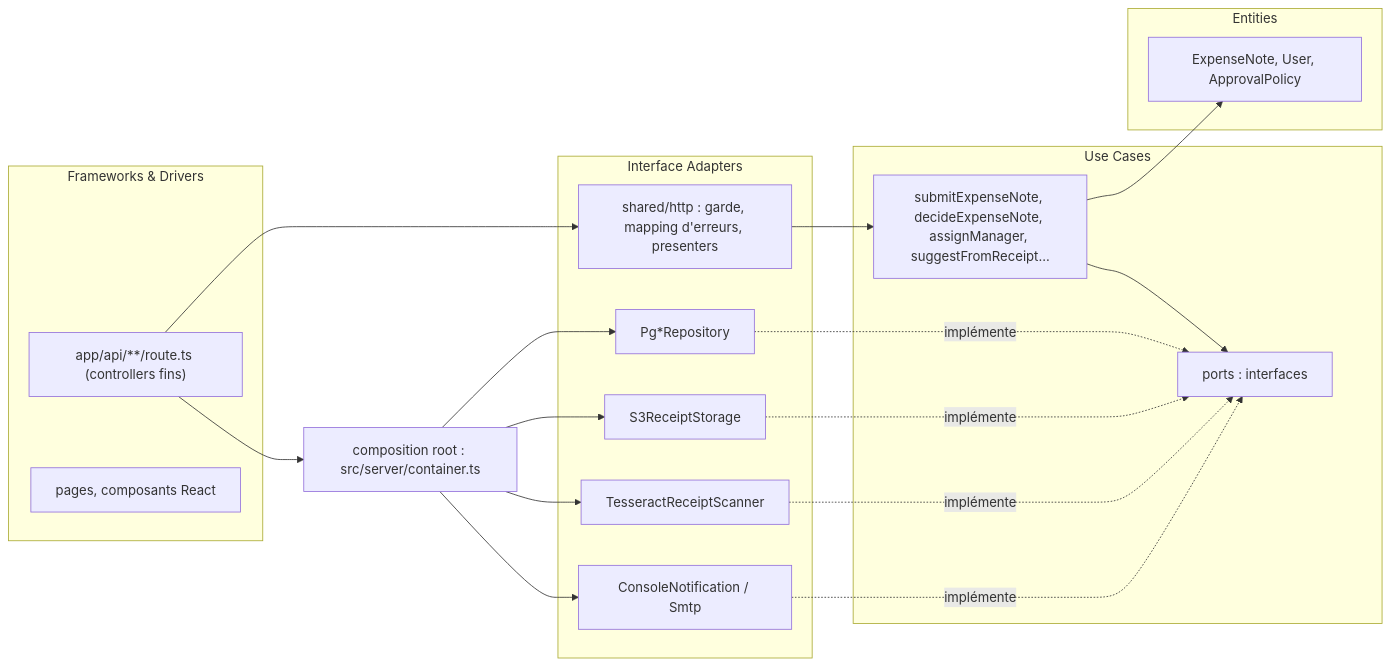
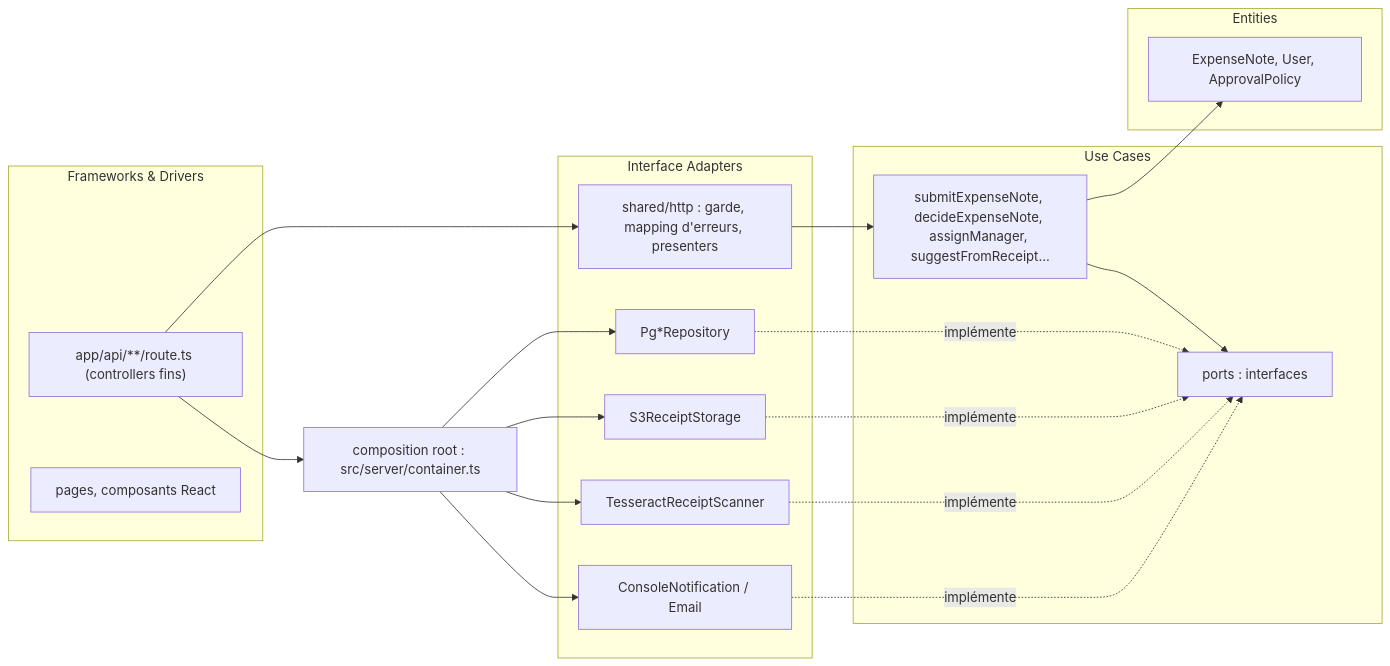
One commit to mtromane/expense-io changed the diagram in docs/audit/20-audit-architecture-arla.md. Above: the diagram before and after it, drawn with Mermaid. The commit also changed other lines of this file and 2 other files, not shown here.

````diff
--- a/docs/audit/20-audit-architecture-arla.md
+++ b/docs/audit/20-audit-architecture-arla.md
@@ -200,29 +182,29 @@
 ```mermaid
 flowchart LR
   subgraph FW["Frameworks & Drivers"]
     R["app/api/**/route.ts (controllers fins)"]
     P["pages, composants React"]
   end
   subgraph IA["Interface Adapters"]
     H["shared/http : garde, mapping d'erreurs, presenters"]
     PG["Pg*Repository"]
     S3["S3ReceiptStorage"]
     TS["TesseractReceiptScanner"]
-    NT["ConsoleNotification / Smtp"]
+    NT["ConsoleNotification / Email"]
   end
   subgraph UC["Use Cases"]
     U["submitExpenseNote, decideExpenseNote, assignManager, suggestFromReceipt..."]
     PORTS["ports : interfaces"]
   end
   subgraph EN["Entities"]
     D["ExpenseNote, User, ApprovalPolicy"]
   end
   R --> H --> U --> D
   U --> PORTS
   PG -.implémente.-> PORTS
   S3 -.implémente.-> PORTS
   TS -.implémente.-> PORTS
   NT -.implémente.-> PORTS
   CR["composition root : src/server/container.ts"] --> PG & S3 & TS & NT
   R --> CR
 ```
````
